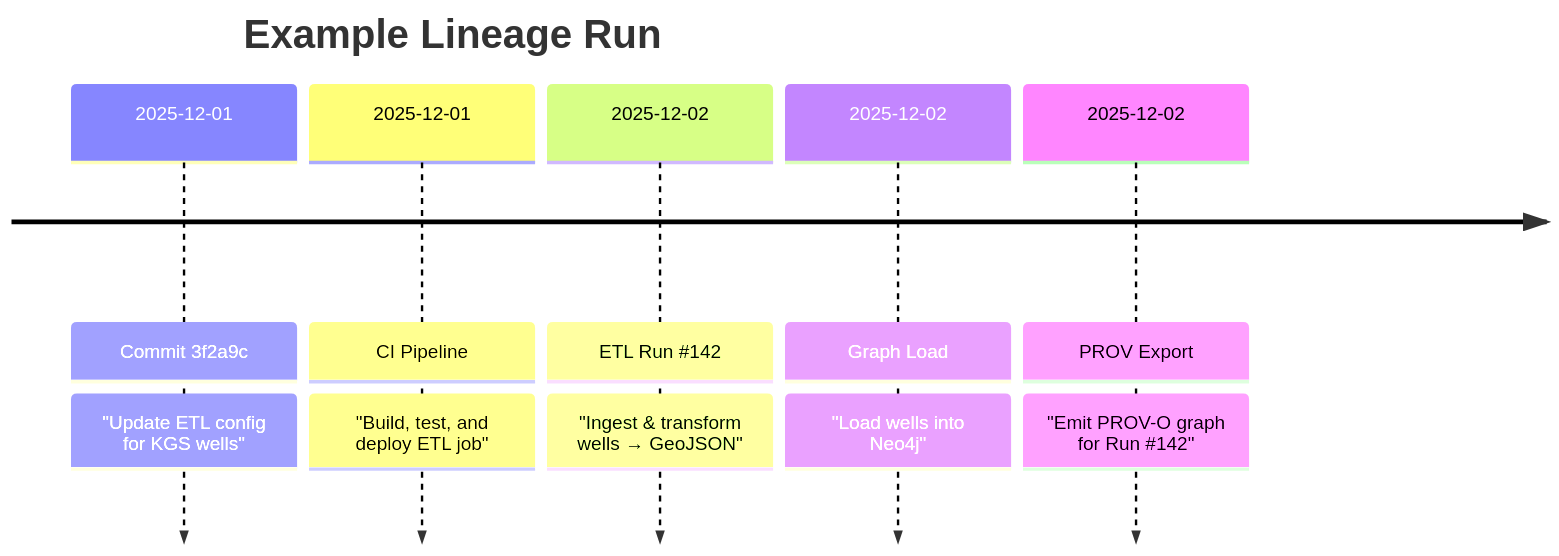
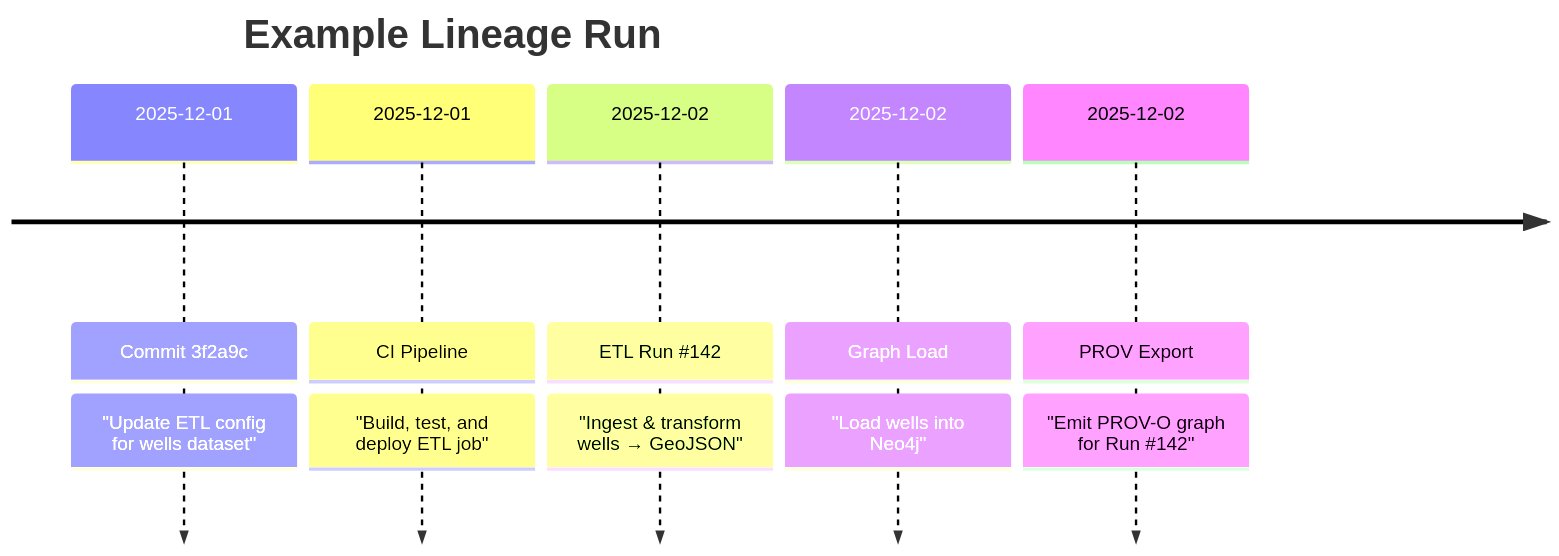
Before and after one commit to bartytime4life/Kansas-Frontier-Matrix: the second of 2 diagrams in docs/standards/lineage/prov-o-export/README.md, drawn with Mermaid. The commit also changed other lines of this file, not shown here.

```diff
--- a/docs/standards/lineage/prov-o-export/README.md
+++ b/docs/standards/lineage/prov-o-export/README.md
@@ -393,9 +404,9 @@
 ~~~mermaid
 timeline
     title Example Lineage Run
-    2025-12-01 : Commit 3f2a9c : "Update ETL config for KGS wells"
-    2025-12-01 : CI Pipeline : "Build, test, and deploy ETL job"
-    2025-12-02 : ETL Run #142 : "Ingest & transform wells → GeoJSON"
-    2025-12-02 : Graph Load : "Load wells into Neo4j"
-    2025-12-02 : PROV Export : "Emit PROV-O graph for Run #142"
+    2025-12-01 : Commit 3f2a9c : "Update ETL config for wells dataset"
+    2025-12-01 : CI Pipeline   : "Build, test, and deploy ETL job"
+    2025-12-02 : ETL Run #142  : "Ingest & transform wells → GeoJSON"
+    2025-12-02 : Graph Load    : "Load wells into Neo4j"
+    2025-12-02 : PROV Export   : "Emit PROV-O graph for Run #142"
 ~~~
```
